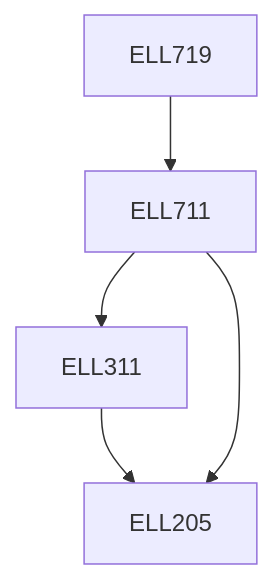
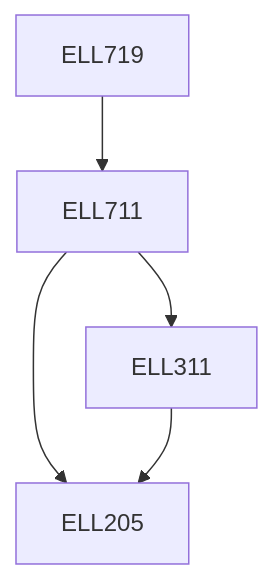
One commit to KeshavBansal0122/CoS_Website changed the diagram in content/Electrical Engineering/ELL719.md. Above: the diagram before and after it, drawn with Mermaid. The commit also changed other lines of this file and 392 other files, not shown here.

````diff
--- a/content/Electrical Engineering/ELL719.md
+++ b/content/Electrical Engineering/ELL719.md
@@ -15,11 +15,11 @@
 ```mermaid
 flowchart TD
 ELL719-350[ELL719]
+ELL711-350 --> ELL205-350[ELL205]
 ELL711-350 --> ELL311-350[ELL311]
+ELL311-350 --> ELL205-350[ELL205]
 ELL719-350 --> ELL711-350[ELL711]
-ELL311-350 --> ELL205-350[ELL205]
-ELL711-350 --> ELL205-350[ELL205]
 
 classDef empty height:17px, fill:transparent, stroke:transparent;
 classDef trueEmpty height:0px, width:0px;
 ```
````
